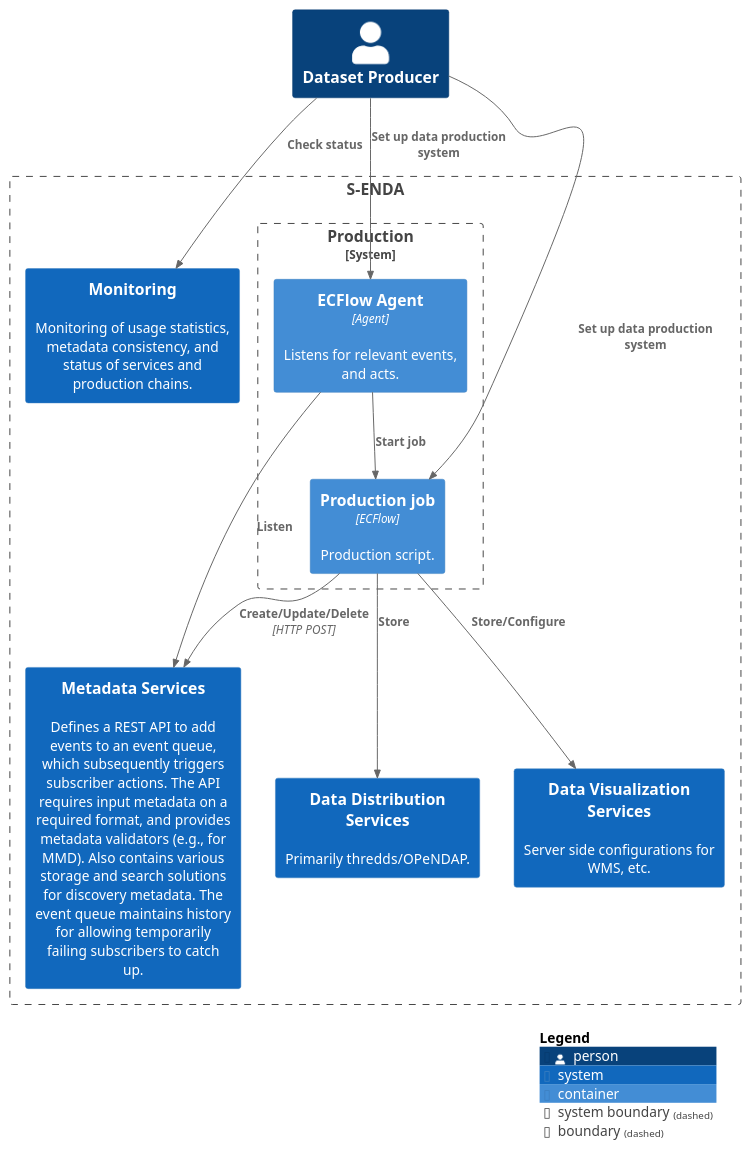
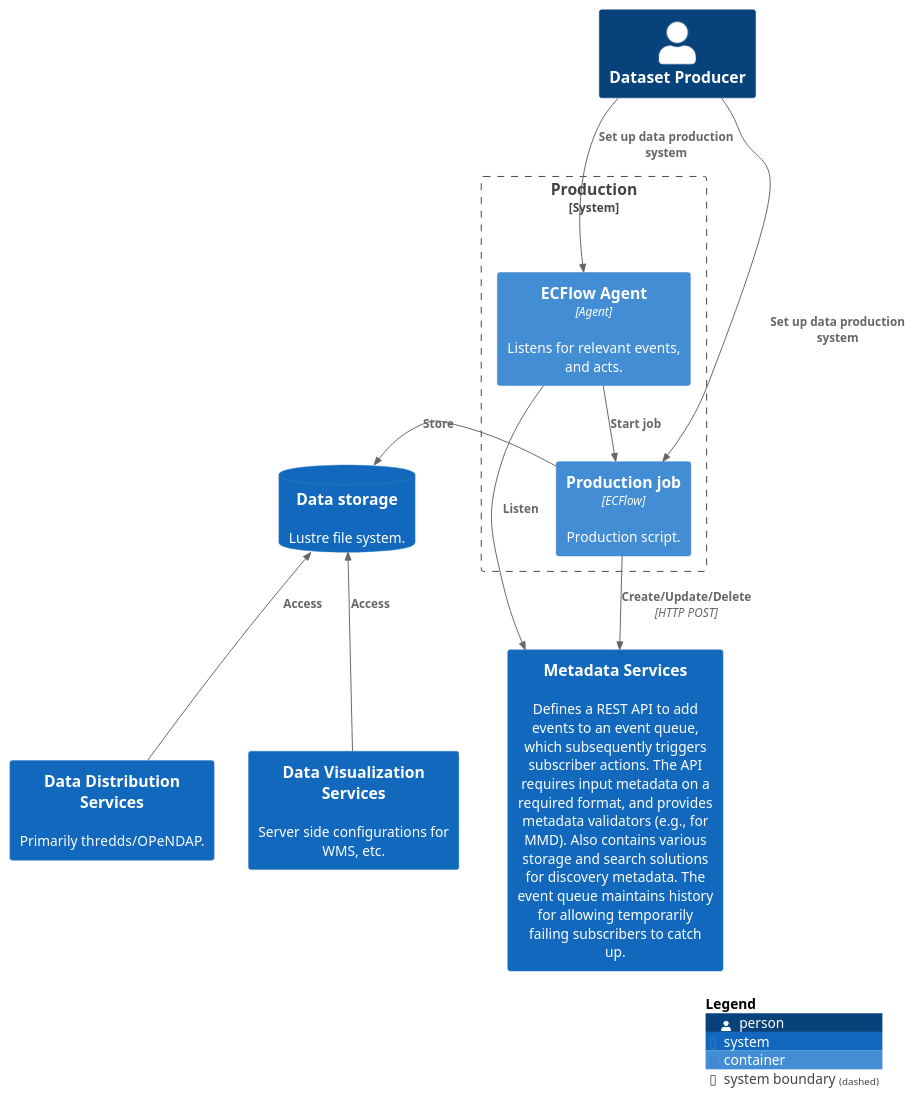
One commit to metno/S-ENDA-documentation changed the diagram in source/puml/architecture/S-ENDA-production-container-diagram.puml. Above: the diagram before and after it, drawn with PlantUML. The commit also changed 5 other files, not shown here.

```diff
--- a/source/puml/architecture/S-ENDA-production-container-diagram.puml
+++ b/source/puml/architecture/S-ENDA-production-container-diagram.puml
@@ -1,56 +1,57 @@
 @startuml S-ENDA-production-container-diagram
 !include https://raw.githubusercontent.com/plantuml-stdlib/C4-PlantUML/master/C4_Container.puml
 
 LAYOUT_TOP_DOWN()
 
 Person(dataproducer, "Dataset Producer")
 
-Boundary(systems, "S-ENDA") {
-  System(dmservice, "Metadata Services", "Defines a REST API to add events to an event queue, which subsequently triggers subscriber actions. The API requires input metadata on a required format, and provides metadata validators (e.g., for MMD). Also contains various storage and search solutions for discovery metadata. The event queue maintains history for allowing temporarily failing subscribers to catch up.")
+System(dmservice, "Metadata Services", "Defines a REST API to add events to an event queue, which subsequently triggers subscriber actions. The API requires input metadata on a required format, and provides metadata validators (e.g., for MMD). Also contains various storage and search solutions for discovery metadata. The event queue maintains history for allowing temporarily failing subscribers to catch up.")
 
-  System(dist_systems, "Data Distribution Services", "Primarily thredds/OPeNDAP.")
-  System(vis_systems, "Data Visualization Services", "Server side configurations for WMS, etc.")
-  System(monitoring, "Monitoring", "Monitoring of usage statistics, metadata consistency, and status of services and production chains.")
+System(dist_systems, "Data Distribution Services", "Primarily thredds/OPeNDAP.")
+System(vis_systems, "Data Visualization Services", "Server side configurations for WMS, etc.")
+'System(monitoring, "Monitoring", "Monitoring of usage statistics, metadata consistency, and status of services and production chains.")
+SystemDb(lustre, "Data storage", "Lustre file system.")
 
-  System_Boundary(productionhub, "Production", "Automated system for data production. ECFlow, PPI, SMS, etc."){
-    'Container(listen_update, "Update listener", "", "Listens for metadata updates, updates metadata in datafiles on behalf of authenticated user.")
-    'Container(listen_delete, "Deletion listener", "", "Listens for metadata, and deletes files on behalf of authenticated user.")
-    Container(listen_start, "ECFlow Agent", "Agent", "Listens for relevant events, and acts.")
-    Container(job, "Production job", "ECFlow", "Production script.")
-    Rel(listen_start, job, "Start job")
-  }
+System_Boundary(productionhub, "Production", "Automated system for data production. ECFlow, PPI, SMS, etc."){
+  'Container(listen_update, "Update listener", "", "Listens for metadata updates, updates metadata in datafiles on behalf of authenticated user.")
+  'Container(listen_delete, "Deletion listener", "", "Listens for metadata, and deletes files on behalf of authenticated user.")
+  Container(listen_start, "ECFlow Agent", "Agent", "Listens for relevant events, and acts.")
+  Container(job, "Production job", "ECFlow", "Production script.")
+  Rel(listen_start, job, "Start job")
 }
 
 'Boundary(consumers, "Data Consumers"){
 '  Person(advanced, "Advanced")
 '  Person(intermediate, "Intermediate")
 '  Person(simple, "Simple")
 '  System_Ext(portals, "Portals", "External portals harvest metadata on various standards")
 '  System_Ext(apps, "Web/mobile apps", "External apps present data in customized ways.")
 '}
 '
 'Rel(consumers, systems, "Search/Harvest", "CSW/OpenSearch/OAI-PMH")
 'Rel(consumers, systems, "Visualize", "e.g., WMS")
 'Rel(consumers, systems, "Stream", "OPeNDAP")
 '
 'Rel(simple, portals, "Search portals", "Web-UI/API")
 'Rel(simple, apps, "Navigates to app", "Web/mobile UI")
 'Rel(intermediate, portals, "Search portals", "Web-UI/API")
 'Rel(advanced, portals, "Search portals", "Web-UI/API")
 
 'Rel(listen_update, dmservice, "Listen update")
 'Rel(listen_delete, dmservice, "Listen delete")
 Rel(listen_start, dmservice, "Listen")
 
 Rel(dataproducer, job, "Set up data production system")
 Rel(dataproducer, listen_start, "Set up data production system")
-Rel(job, vis_systems, "Store/Configure")
-Rel(job, dist_systems, "Store")
+'Rel(job, vis_systems, "Store/Configure")
+Rel_R(job, lustre, "Store")
 Rel(job, dmservice, "Create/Update/Delete", "HTTP POST")
+Rel_U(dist_systems, lustre, "Access")
+Rel_U(vis_systems, lustre, "Access")
 
 'Rel(monitoring, job, "Monitor")
-Rel(dataproducer, monitoring, "Check status")
+'Rel(dataproducer, monitoring, "Check status")
 
 SHOW_LEGEND()
 
 @enduml
```
